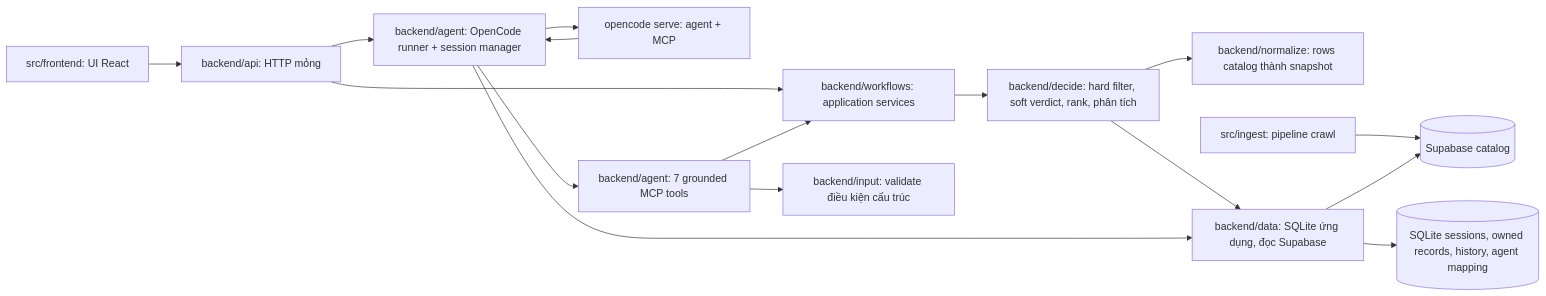
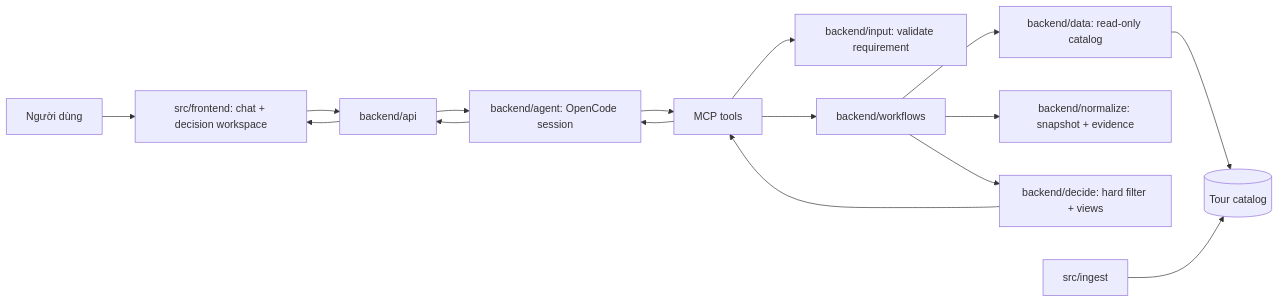
The diagram in docs/system-architecture.md (graviton711/HCMUS-x-HCMUT---TMA), drawn with Mermaid before and after one commit. The commit also changed other lines of this file and 46 other files, not shown here.

Commit message:
feat: build travel decision workspace

````diff
--- a/docs/system-architecture.md
+++ b/docs/system-architecture.md
@@ -5,18 +5,18 @@
 ```mermaid
 flowchart LR
-    Client[src/frontend: UI React] --> API[backend/api: HTTP mỏng]
-    API --> Agent[backend/agent: OpenCode runner + session manager]
-    Agent --> OpenCode[opencode serve: agent + MCP]
-    OpenCode --> Agent
-    API --> Workflow[backend/workflows: application services]
-    Agent --> MCP[backend/agent: 7 grounded MCP tools]
-    MCP --> Input[backend/input: validate điều kiện cấu trúc]
-    MCP --> Workflow
-    Workflow --> Decide[backend/decide: hard filter, soft verdict, rank, phân tích]
-    Decide --> Norm[backend/normalize: rows catalog thành snapshot]
-    Decide --> Data[backend/data: SQLite ứng dụng, đọc Supabase]
-    Agent --> Data
-    Ingest[src/ingest: pipeline crawl] --> Catalog[(Supabase catalog)]
+    User[Người dùng] --> UI[src/frontend: chat + decision workspace]
+    UI --> API[backend/api]
+    API --> Agent[backend/agent: OpenCode session]
+    Agent --> MCP[MCP tools]
+    MCP --> Input[backend/input: validate requirement]
+    MCP --> Workflow[backend/workflows]
+    Workflow --> Data[backend/data: read-only catalog]
+    Workflow --> Normalize[backend/normalize: snapshot + evidence]
+    Workflow --> Decide[backend/decide: hard filter + views]
+    Decide --> MCP
+    MCP --> Agent
+    Agent --> API
+    API --> UI
+    Ingest[src/ingest] --> Catalog[(Tour catalog)]
     Data --> Catalog
-    Data --> SQLite[(SQLite sessions, owned records, history, agent mapping)]
 ```
````
